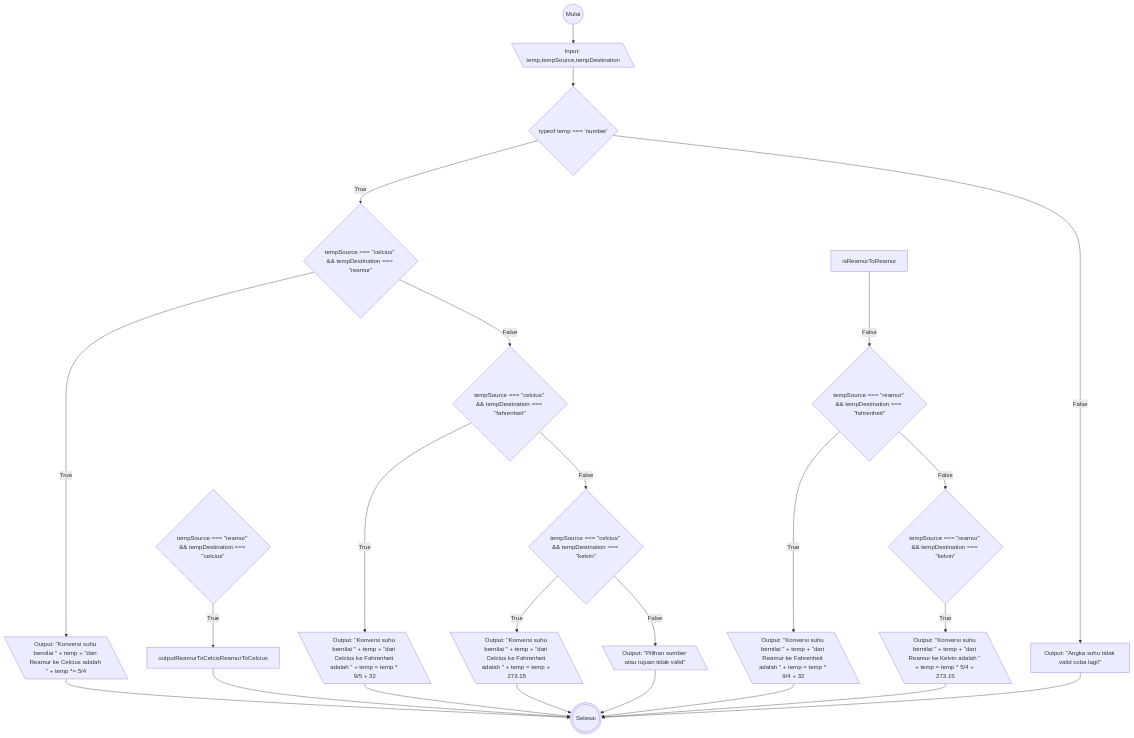
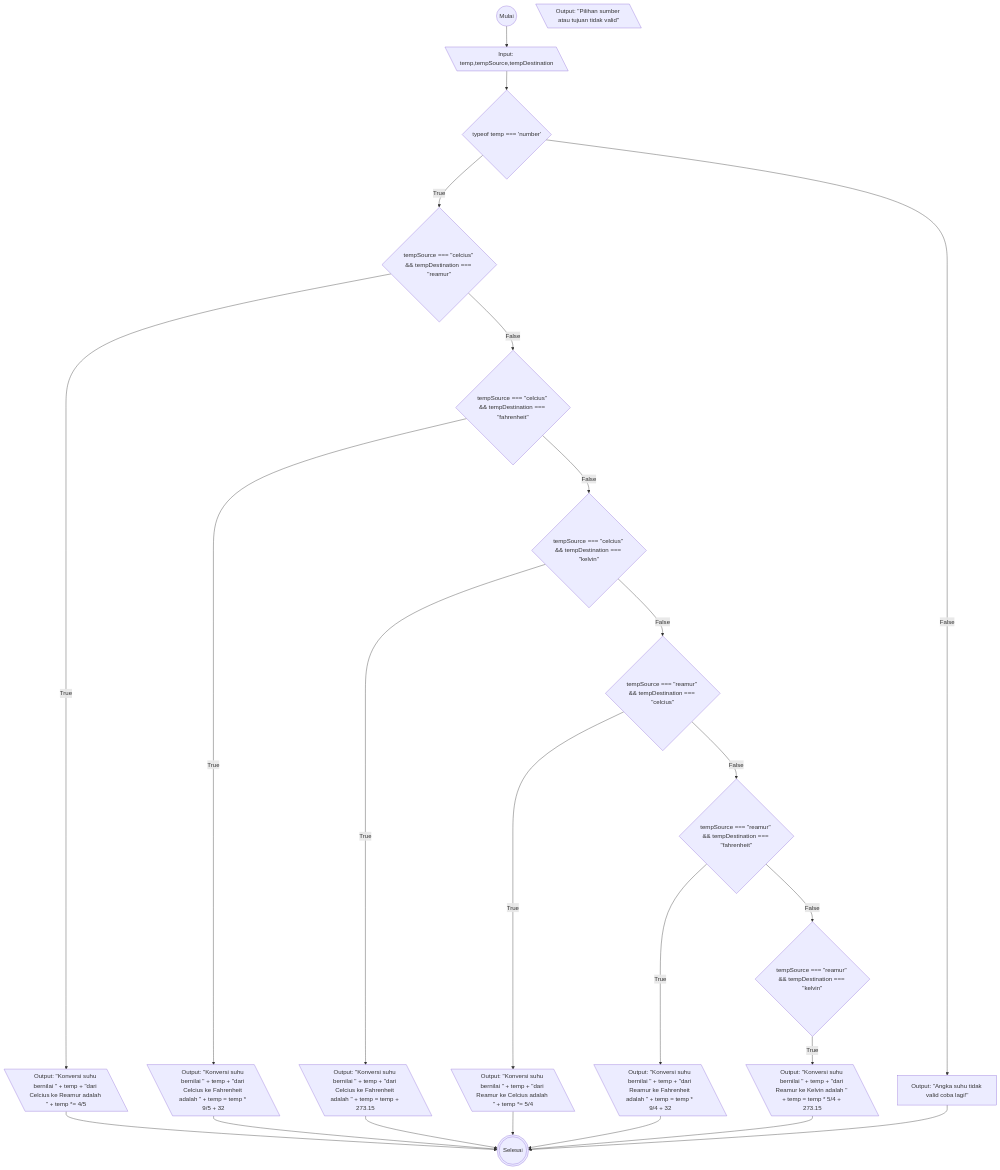
The diagram in task4.md (rezafauzan/koda-b6-javascript1), drawn with Mermaid before and after one commit.

Commit message:
Update: add flow from celciusToOther section to reamurToOther and fix some ambiguos arrow

````diff
--- a/task4.md
+++ b/task4.md
@@ -3,71 +3,76 @@
 ```mermaid
 flowchart TD
 
 start@{"shape": circle, "label": "Mulai"}
 iTemp@{"shape": lean-l, "label": "Input: temp,tempSource,tempDestination"}
 stop@{"shape": dbl-circ, "label": "Selesai"}
 isNumberTemp@{"shape": diamond, "label": typeof temp === 'number'}
 isNumberTempFalse@{"shape": rectangle, "label": "Output: #quot;Angka suhu tidak valid coba lagi!#quot;"}
 isCelciusToReamur@{"shape": diamond, "label": "tempSource === #quot;celcius#quot; && tempDestination === #quot;reamur#quot;"}
 outputCelciusToReamur@{"shape": rectangle, "label":"Output: #quot;Konversi suhu bernilai #quot; + temp + #quot;dari Celcius ke Reamur adalah #quot; + temp *= 4/5"}
 
 isCelciusToFahrenheit@{"shape": diamond, "label": "tempSource === #quot;celcius#quot; && tempDestination === #quot;fahrenheit#quot;"}
 outputCelciusToFahrenheit@{"shape": rectangle, "label":"Output: #quot;Konversi suhu bernilai #quot; + temp + #quot;dari Celcius ke Fahrenheit adalah #quot; + temp = temp * 9/5 + 32"}
 
 isCelciusToKelvin@{"shape": diamond, "label": "tempSource === #quot;celcius#quot; && tempDestination === #quot;kelvin#quot;"}
 outputCelciusToKelvin@{"shape": rectangle, "label":"Output: #quot;Konversi suhu bernilai #quot; + temp + #quot;dari Celcius ke Fahrenheit adalah #quot; + temp = temp + 273.15"}
 
 %% from celcius to other
 
 isCelciusToReamur@{"shape": diamond, "label": "tempSource === #quot;celcius#quot; && tempDestination === #quot;reamur#quot;"}
 outputCelciusToReamur@{"shape": lean-l, "label":"Output: #quot;Konversi suhu bernilai #quot; + temp + #quot;dari Celcius ke Reamur adalah #quot; + temp *= 4/5"}
 
 isCelciusToFahrenheit@{"shape": diamond, "label": "tempSource === #quot;celcius#quot; && tempDestination === #quot;fahrenheit#quot;"}
 outputCelciusToFahrenheit@{"shape": lean-l, "label":"Output: #quot;Konversi suhu bernilai #quot; + temp + #quot;dari Celcius ke Fahrenheit adalah #quot; + temp = temp * 9/5 + 32"}
 
 isCelciusToKelvin@{"shape": diamond, "label": "tempSource === #quot;celcius#quot; && tempDestination === #quot;kelvin#quot;"}
 outputCelciusToKelvin@{"shape": lean-l, "label":"Output: #quot;Konversi suhu bernilai #quot; + temp + #quot;dari Celcius ke Fahrenheit adalah #quot; + temp = temp + 273.15"}
 
 %% from Reamur to other
 
 isReamurToCelcius@{"shape": diamond, "label": "tempSource === #quot;reamur#quot; && tempDestination === #quot;celcius#quot;"}
-outputCelciusToReamur@{"shape": lean-l, "label":"Output: #quot;Konversi suhu bernilai #quot; + temp + #quot;dari Reamur ke Celcius adalah #quot; + temp *= 5/4"}
+outputReamurToCelcius@{"shape": lean-l, "label":"Output: #quot;Konversi suhu bernilai #quot; + temp + #quot;dari Reamur ke Celcius adalah #quot; + temp *= 5/4"}
 
 isReamurToFahrenheit@{"shape": diamond, "label": "tempSource === #quot;reamur#quot; && tempDestination === #quot;fahrenheit#quot;"}
 outputReamurToFahrenheit@{"shape": lean-l, "label":"Output: #quot;Konversi suhu bernilai #quot; + temp + #quot;dari Reamur ke Fahrenheit adalah #quot; + temp = temp * 9/4 + 32"}
 
 isReamurToKelvin@{"shape": diamond, "label": "tempSource === #quot;reamur#quot; && tempDestination === #quot;kelvin#quot;"}
 outputReamurToKelvin@{"shape": lean-l, "label":"Output: #quot;Konversi suhu bernilai #quot; + temp + #quot;dari Reamur ke Kelvin adalah #quot; + temp = temp * 5/4 + 273.15"}
 
 outputOtherToOther@{"shape": lean-l, "label": "Output: #quot;Pilihan sumber atau tujuan tidak valid#quot;"}
 
 
 %% ===================================================
 start-->iTemp-->isNumberTemp--True-->isCelciusToReamur
 
 %%Celcius
 %% Celcius To Reamur
 isCelciusToReamur--True-->outputCelciusToReamur-->stop
 
 %% Celcius to Fahrenheit
 isCelciusToReamur--False-->isCelciusToFahrenheit--True-->outputCelciusToFahrenheit-->stop
 
 %% Celcius to Kelvin
 isCelciusToFahrenheit--False-->isCelciusToKelvin--True-->outputCelciusToKelvin-->stop
 
+%% To Reamur Section 
+isCelciusToKelvin--False-->isReamurToCelcius
+
 %% Reamur
 
 %% Reamur To Celcius
-isReamurToCelcius--True-->outputReamurToCelcisReamurToCelcius-->stop
+isReamurToCelcius--True-->outputReamurToCelcius-->stop
+isReamurToCelcius--False-->isReamurToFahrenheit
 
 %% Reamur to Fahrenheit
-isReamurToReamur--False-->isReamurToFahrenheit--True-->outputReamurToFahrenheit-->stop
+isReamurToFahrenheit--True-->outputReamurToFahrenheit-->stop
+isReamurToFahrenheit--False-->isReamurToKelvin
 
 %% Reamur to Kelvin
-isReamurToFahrenheit--False-->isReamurToKelvin--True-->outputReamurToKelvin-->stop
+isReamurToKelvin--True-->outputReamurToKelvin-->stop
 
 %% Not a choice nice try
-isCelciusToKelvin--False-->outputOtherToOther-->stop
+
 
 isNumberTemp--False-->isNumberTempFalse-->stop
 ```
````
